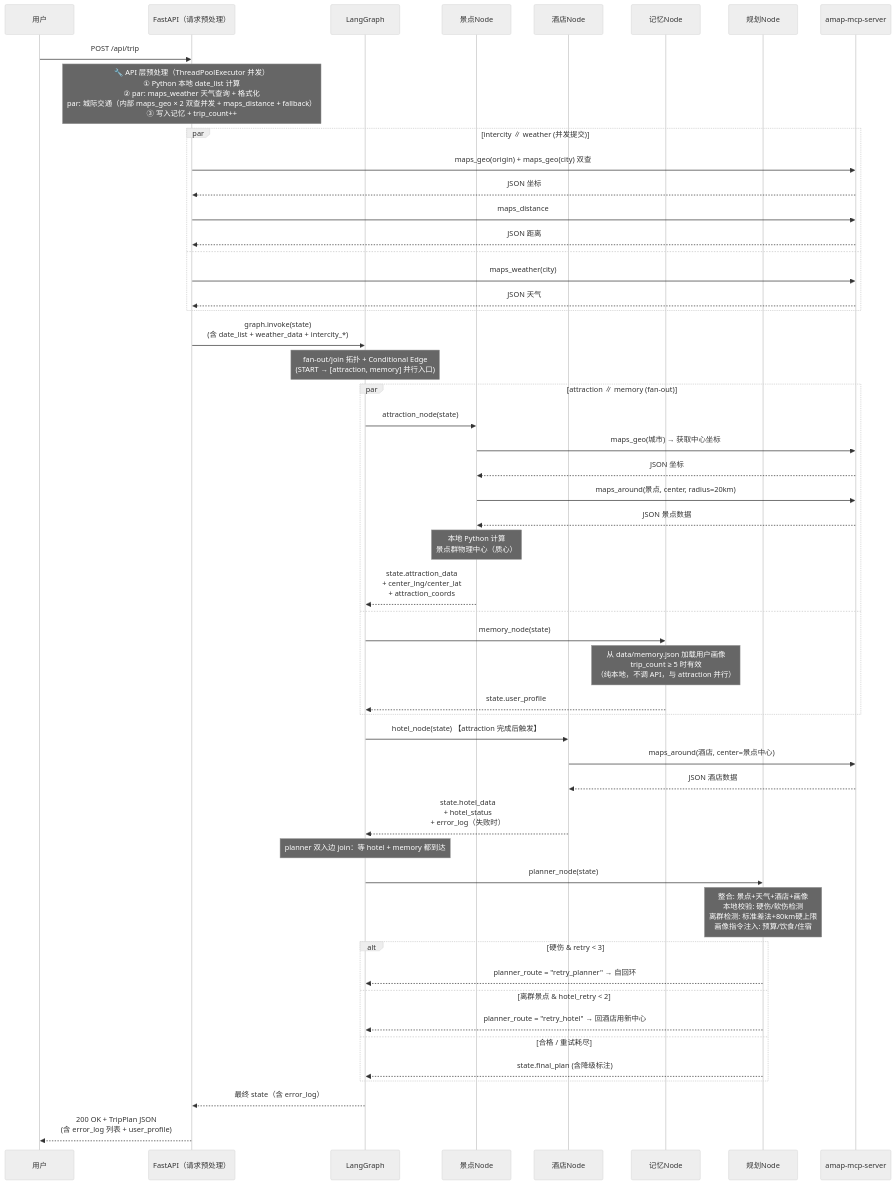
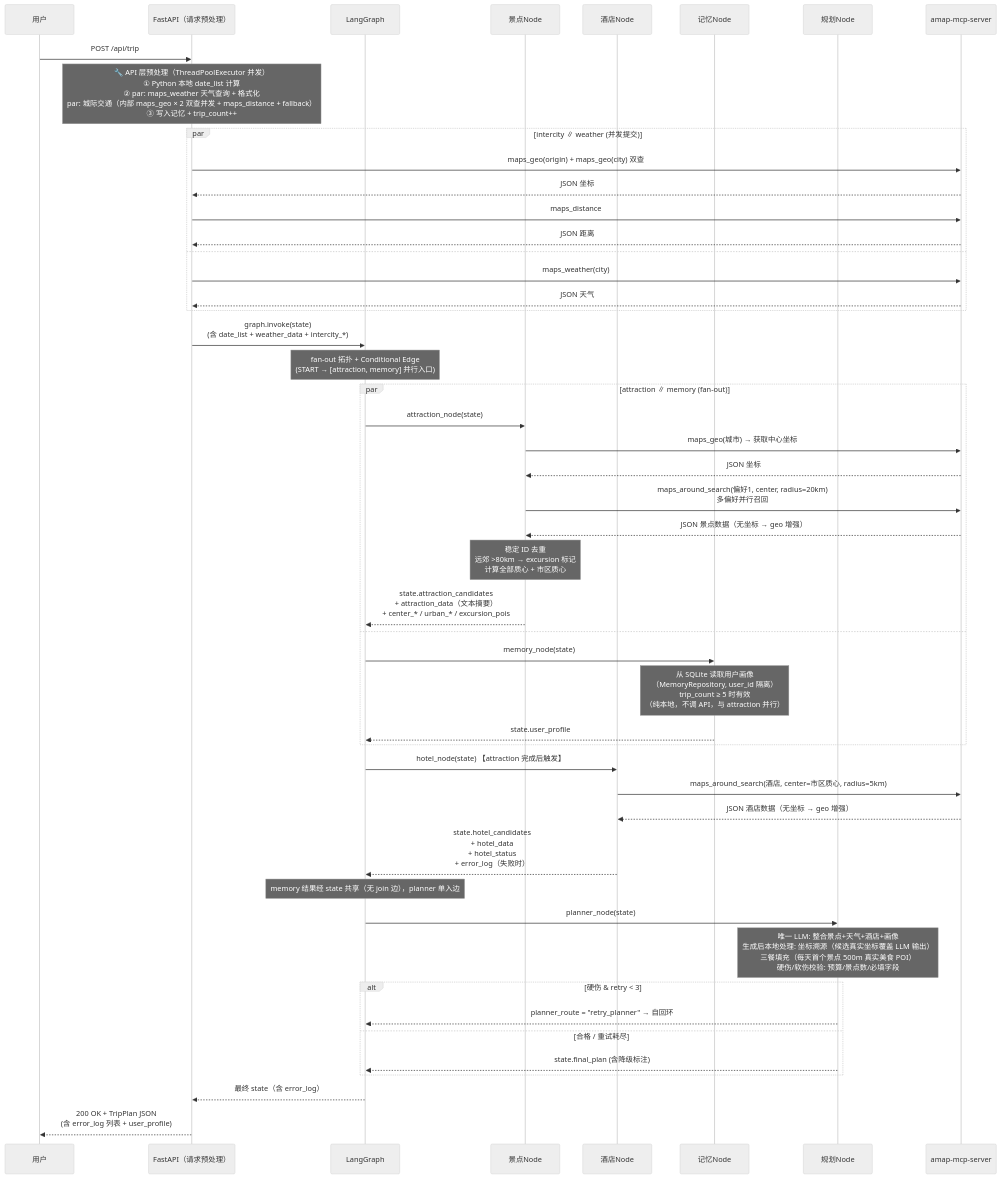
The third of 7 diagrams in ARCHITECTURE.md (SuperGODOG/tripplanner), drawn with Mermaid (neutral theme) before and after one commit. The commit also changed other lines of this file and 25 other files, not shown here.

````diff
--- a/ARCHITECTURE.md
+++ b/ARCHITECTURE.md
@@ -112,63 +106,61 @@
 ```mermaid
 sequenceDiagram
     participant User as 用户
     participant API as FastAPI（请求预处理）
     participant Graph as LangGraph
     participant Attr as 景点Node
     participant Hotel as 酒店Node
     participant Mem as 记忆Node
     participant Plan as 规划Node
     participant MCP as amap-mcp-server
 
     User->>API: POST /api/trip
 
     Note over API: 🔧 API 层预处理（ThreadPoolExecutor 并发）<br/>① Python 本地 date_list 计算<br/>② par: maps_weather 天气查询 + 格式化<br/>   par: 城际交通（内部 maps_geo × 2 双查并发 + maps_distance + fallback）<br/>③ 写入记忆 + trip_count++
 
     par intercity ∥ weather (并发提交)
         API->>MCP: maps_geo(origin) + maps_geo(city) 双查
         MCP-->>API: JSON 坐标
         API->>MCP: maps_distance
         MCP-->>API: JSON 距离
     and
         API->>MCP: maps_weather(city)
         MCP-->>API: JSON 天气
     end
 
     API->>Graph: graph.invoke(state)<br/>(含 date_list + weather_data + intercity_*)
 
-    Note over Graph: fan-out/join 拓扑 + Conditional Edge<br/>(START → [attraction, memory] 并行入口)
+    Note over Graph: fan-out 拓扑 + Conditional Edge<br/>(START → [attraction, memory] 并行入口)
 
     par attraction ∥ memory (fan-out)
         Graph->>Attr: attraction_node(state)
         Attr->>MCP: maps_geo(城市) → 获取中心坐标
         MCP-->>Attr: JSON 坐标
-        Attr->>MCP: maps_around(景点, center, radius=20km)
-        MCP-->>Attr: JSON 景点数据
-        Note over Attr: 本地 Python 计算<br/>景点群物理中心（质心）
-        Attr-->>Graph: state.attraction_data<br/>+ center_lng/center_lat<br/>+ attraction_coords
+        Attr->>MCP: maps_around_search(偏好1, center, radius=20km)<br/>多偏好并行召回
+        MCP-->>Attr: JSON 景点数据（无坐标 → geo 增强）
+        Note over Attr: 稳定 ID 去重<br/>远郊 >80km → excursion 标记<br/>计算全部质心 + 市区质心
+        Attr-->>Graph: state.attraction_candidates<br/>+ attraction_data（文本摘要）<br/>+ center_* / urban_* / excursion_pois
     and
         Graph->>Mem: memory_node(state)
-        Note over Mem: 从 data/memory.json 加载用户画像<br/>trip_count ≥ 5 时有效<br/>（纯本地，不调 API，与 attraction 并行）
+        Note over Mem: 从 SQLite 读取用户画像<br/>（MemoryRepository, user_id 隔离）<br/>trip_count ≥ 5 时有效<br/>（纯本地，不调 API，与 attraction 并行）
         Mem-->>Graph: state.user_profile
     end
 
     Graph->>Hotel: hotel_node(state)  【attraction 完成后触发】
-    Hotel->>MCP: maps_around(酒店, center=景点中心)
-    MCP-->>Hotel: JSON 酒店数据
-    Hotel-->>Graph: state.hotel_data<br/>+ hotel_status<br/>+ error_log（失败时）
+    Hotel->>MCP: maps_around_search(酒店, center=市区质心, radius=5km)
+    MCP-->>Hotel: JSON 酒店数据（无坐标 → geo 增强）
+    Hotel-->>Graph: state.hotel_candidates<br/>+ hotel_data<br/>+ hotel_status<br/>+ error_log（失败时）
 
-    Note over Graph: planner 双入边 join：等 hotel + memory 都到达
+    Note over Graph: memory 结果经 state 共享（无 join 边），planner 单入边
     Graph->>Plan: planner_node(state)
-    Note over Plan: 整合: 景点+天气+酒店+画像<br/>本地校验: 硬伤/软伤检测<br/>离群检测: 标准差法+80km硬上限<br/>画像指令注入: 预算/饮食/住宿
+    Note over Plan: 唯一 LLM: 整合景点+天气+酒店+画像<br/>生成后本地处理: 坐标溯源（候选真实坐标覆盖 LLM 输出）<br/>三餐填充（每天首个景点 500m 真实美食 POI）<br/>硬伤/软伤校验: 预算/景点数/必填字段
 
     alt 硬伤 & retry < 3
         Plan-->>Graph: planner_route = "retry_planner" → 自回环
-    else 离群景点 & hotel_retry < 2
-        Plan-->>Graph: planner_route = "retry_hotel" → 回酒店用新中心
     else 合格 / 重试耗尽
         Plan-->>Graph: state.final_plan (含降级标注)
     end
 
     Graph-->>API: 最终 state（含 error_log）
     API-->>User: 200 OK + TripPlan JSON<br/>(含 error_log 列表 + user_profile)
 ```
````
